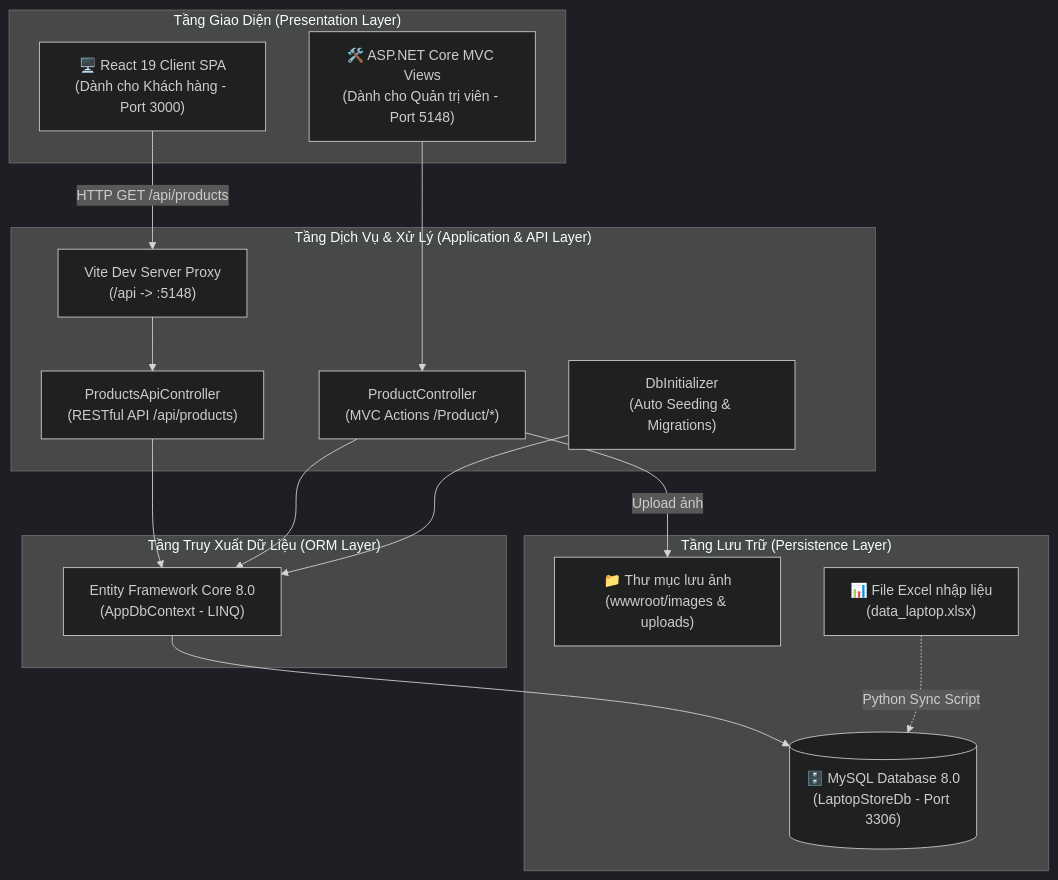
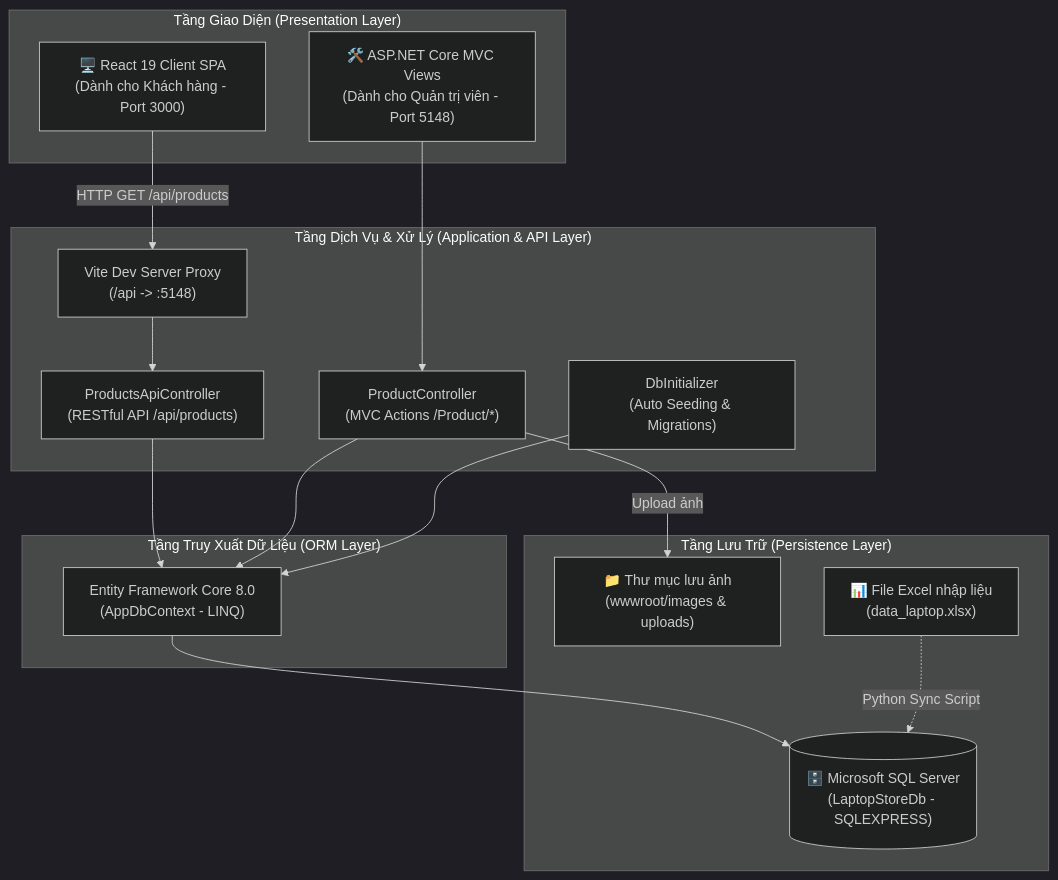
The first of 2 diagrams in DOCUMENTATION.md (FMgSi/BTLWEB), drawn with Mermaid (dark theme) before and after one commit. The commit also changed other lines of this file and 51 other files, not shown here.

Commit message:
feat: chuyen doi sang SQL Server, toi uu giao dien gio hang, nang cap bao mat va luong dat hang

````diff
--- a/DOCUMENTATION.md
+++ b/DOCUMENTATION.md
@@ -37,36 +37,36 @@
 ```mermaid
 graph TD
     subgraph ClientLayer ["Tầng Giao Diện (Presentation Layer)"]
         ReactClient["🖥️ React 19 Client SPA<br/>(Dành cho Khách hàng - Port 3000)"]
         AdminMVC["🛠️ ASP.NET Core MVC Views<br/>(Dành cho Quản trị viên - Port 5148)"]
     end
 
     subgraph ServiceLayer ["Tầng Dịch Vụ & Xử Lý (Application & API Layer)"]
         ViteProxy["Vite Dev Server Proxy<br/>(/api -> :5148)"]
         APICtrl["ProductsApiController<br/>(RESTful API /api/products)"]
         MVCCtrl["ProductController<br/>(MVC Actions /Product/*)"]
         DbInit["DbInitializer<br/>(Auto Seeding & Migrations)"]
     end
 
     subgraph DataAccessLayer ["Tầng Truy Xuất Dữ Liệu (ORM Layer)"]
         EFCore["Entity Framework Core 8.0<br/>(AppDbContext - LINQ)"]
     end
 
     subgraph StorageLayer ["Tầng Lưu Trữ (Persistence Layer)"]
-        MySQL[("🗄️ MySQL Database 8.0<br/>(LaptopStoreDb - Port 3306)")]
+        MSSQL[("🗄️ Microsoft SQL Server<br/>(LaptopStoreDb - SQLEXPRESS)")]
         StaticFiles["📁 Thư mục lưu ảnh<br/>(wwwroot/images & uploads)"]
         ExcelFile["📊 File Excel nhập liệu<br/>(data_laptop.xlsx)"]
     end
 
     ReactClient -->|HTTP GET /api/products| ViteProxy
     ViteProxy --> APICtrl
     AdminMVC --> MVCCtrl
 
     APICtrl --> EFCore
     MVCCtrl --> EFCore
     DbInit --> EFCore
 
-    EFCore --> MySQL
+    EFCore --> MSSQL
     MVCCtrl -->|Upload ảnh| StaticFiles
-    ExcelFile -.->|Python Sync Script| MySQL
+    ExcelFile -.->|Python Sync Script| MSSQL
 ```
````
